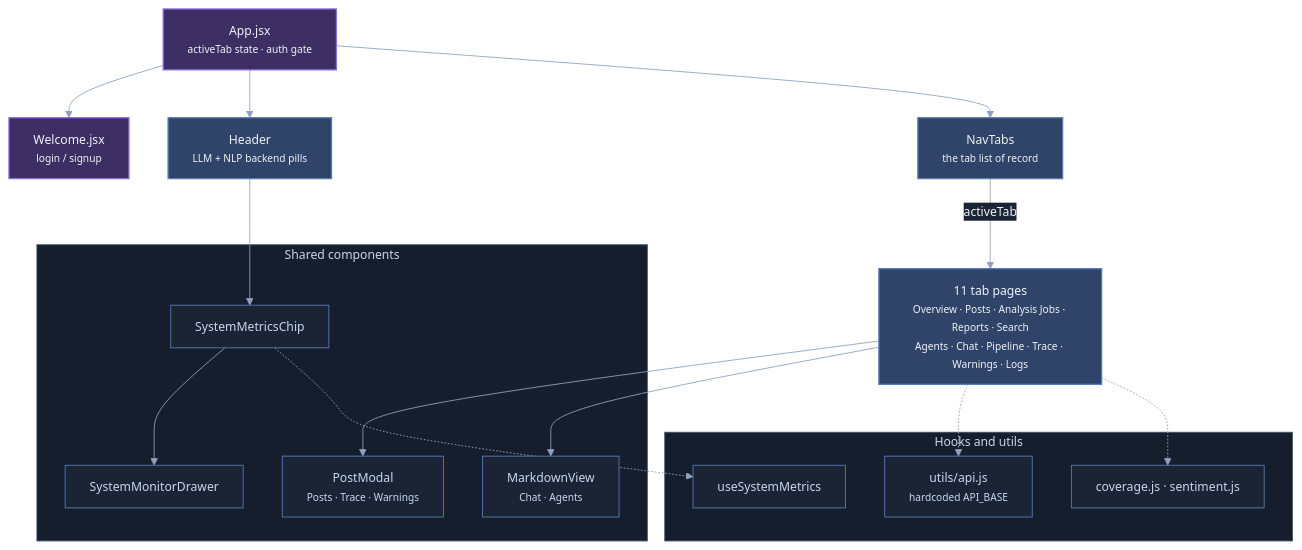
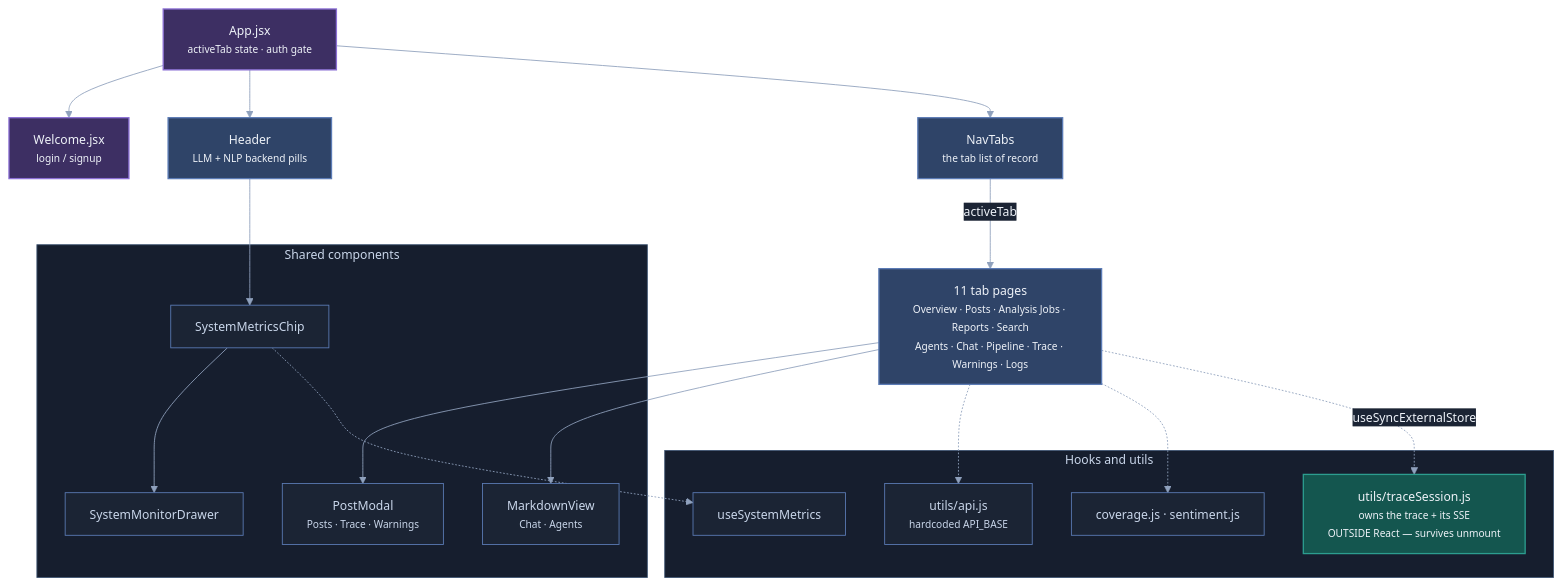
One commit to Bishwajit-2810/Defense changed the first of 2 diagrams in docs/DASHBOARD_UI.md. Above: the diagram before and after it, drawn with Mermaid. The commit also changed other lines of this file and 37 other files, not shown here.

````diff
--- a/docs/DASHBOARD_UI.md
+++ b/docs/DASHBOARD_UI.md
@@ -24,48 +24,51 @@
 ```mermaid
 %%{init: {'theme':'base','themeVariables':{'fontFamily':'ui-sans-serif, system-ui, -apple-system, Roboto, Helvetica, Arial, sans-serif','fontSize':'14px','primaryColor':'#2f4468','primaryTextColor':'#eef2f8','primaryBorderColor':'#5b7bb5','secondaryColor':'#14564f','secondaryTextColor':'#eef2f8','secondaryBorderColor':'#2c9d8f','tertiaryColor':'#3d2f63','tertiaryTextColor':'#eef2f8','tertiaryBorderColor':'#8b6fd4','mainBkg':'#2f4468','nodeBorder':'#5b7bb5','nodeTextColor':'#eef2f8','lineColor':'#8fa1bd','textColor':'#eef2f8','titleColor':'#c9d6ea','clusterBkg':'#161e2e','clusterBorder':'#3f5573','edgeLabelBackground':'#1b2434','background':'transparent'}, 'flowchart':{'curve':'basis','padding':14,'nodeSpacing':45,'rankSpacing':55,'useMaxWidth':true}}}%%
 graph TD
     App["App.jsx<br/><small>activeTab state · auth gate</small>"]
     Welcome["Welcome.jsx<br/><small>login / signup</small>"]
     Header["Header<br/><small>LLM + NLP backend pills</small>"]
     NavTabs["NavTabs<br/><small>the tab list of record</small>"]
 
     App --> Welcome
     App --> Header
     App --> NavTabs
 
     Pages["11 tab pages<br/><small>Overview · Posts · Analysis Jobs · Reports · Search<br/>Agents · Chat · Pipeline · Trace · Warnings · Logs</small>"]
     NavTabs -- "activeTab" --> Pages
 
     subgraph shared["Shared components"]
         PostModal["PostModal<br/><small>Posts · Trace · Warnings</small>"]
         MarkdownView["MarkdownView<br/><small>Chat · Agents</small>"]
         SystemMetricsChip["SystemMetricsChip"]
         SystemMonitorDrawer["SystemMonitorDrawer"]
     end
 
     Pages --> PostModal
     Pages --> MarkdownView
     Header --> SystemMetricsChip
     SystemMetricsChip --> SystemMonitorDrawer
 
     subgraph libs["Hooks and utils"]
         Hook["useSystemMetrics"]
         API["utils/api.js<br/><small>hardcoded API_BASE</small>"]
         Utils["coverage.js · sentiment.js"]
+        TraceStore["utils/traceSession.js<br/><small>owns the trace + its SSE<br/>OUTSIDE React — survives unmount</small>"]
     end
 
     SystemMetricsChip -.-> Hook
     Pages -.-> API
     Pages -.-> Utils
+    Pages -. "useSyncExternalStore" .-> TraceStore
 
     classDef entry fill:#3d2f63,stroke:#8b6fd4,stroke-width:1.5px,color:#eef2f8
     classDef svc fill:#2f4468,stroke:#5b7bb5,stroke-width:1.5px,color:#eef2f8
     classDef store fill:#14564f,stroke:#2c9d8f,stroke-width:1.5px,color:#eef2f8
     classDef tool fill:#1b2434,stroke:#5b7bb5,stroke-width:1px,color:#c9d6ea
     classDef obs fill:#5a3410,stroke:#c9772e,stroke-width:1.5px,color:#f6e6d5
 
     class App,Welcome entry
     class Header,NavTabs,Pages svc
     class PostModal,MarkdownView,SystemMetricsChip,SystemMonitorDrawer tool
     class Hook,API,Utils tool
+    class TraceStore store
 ```
````
